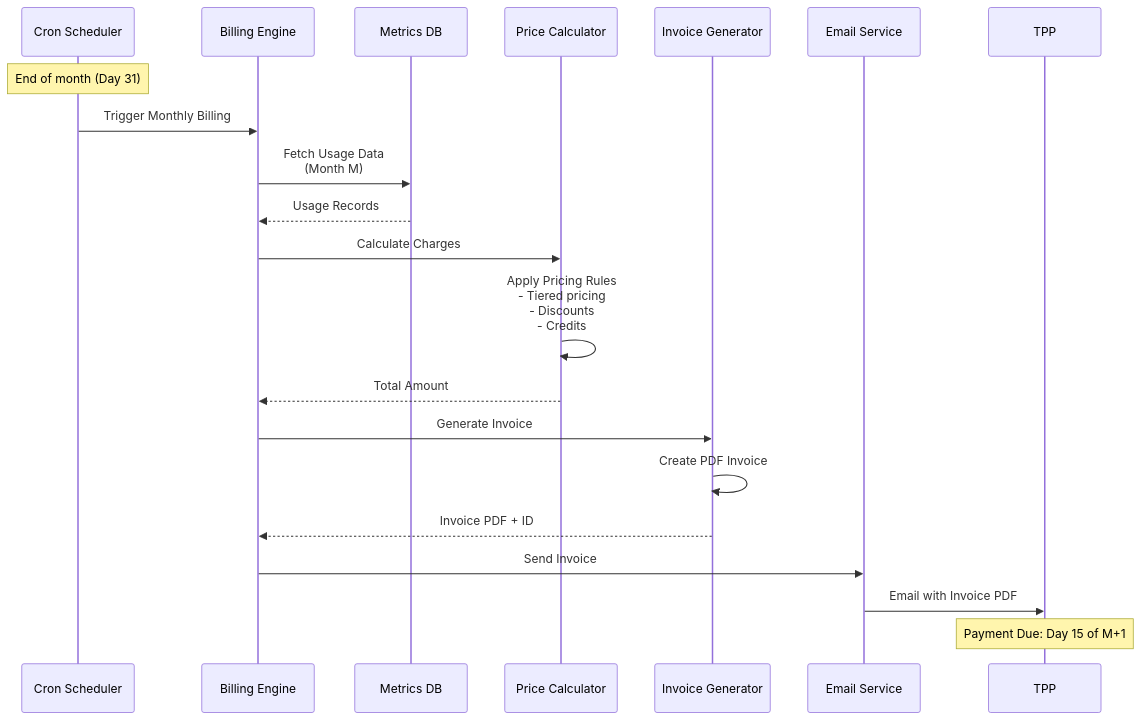
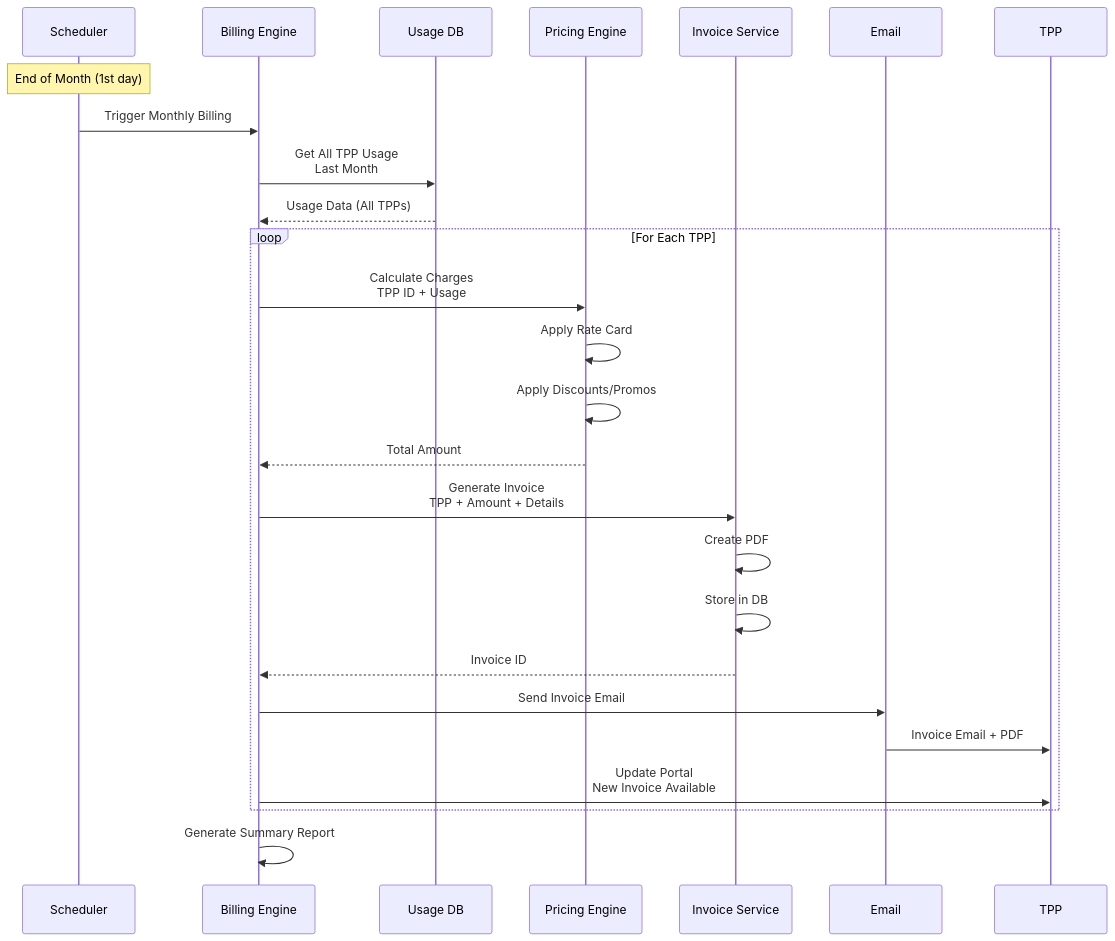
Before and after one commit to huuhoait/openbanking-vn-specs: the eighth of 15 diagrams in 09-Thuong-mai-hoa-API.md, drawn with Mermaid. The commit also changed other lines of this file and 14 other files, not shown here.

````diff
--- a/09-Thuong-mai-hoa-API.md
+++ b/09-Thuong-mai-hoa-API.md
@@ -229,29 +275,35 @@
 ```mermaid
 sequenceDiagram
-    participant Scheduler as Cron Scheduler
+    participant Scheduler
     participant Billing as Billing Engine
-    participant Metrics as Metrics DB
-    participant Calculator as Price Calculator
-    participant Invoice as Invoice Generator
-    participant Email as Email Service
-    participant TPP as TPP
+    participant Usage as Usage DB
+    participant Pricing as Pricing Engine
+    participant Invoice as Invoice Service
+    participant Email
+    participant TPP
     
-    Note over Scheduler: End of month (Day 31)
+    Note over Scheduler: End of Month (1st day)
+    Scheduler->>Billing: Trigger Monthly Billing
     
-    Scheduler->>Billing: Trigger Monthly Billing
-    Billing->>Metrics: Fetch Usage Data<br/>(Month M)
-    Metrics-->>Billing: Usage Records
+    Billing->>Usage: Get All TPP Usage<br/>Last Month
+    Usage-->>Billing: Usage Data (All TPPs)
     
-    Billing->>Calculator: Calculate Charges
-    Calculator->>Calculator: Apply Pricing Rules<br/>- Tiered pricing<br/>- Discounts<br/>- Credits
-    Calculator-->>Billing: Total Amount
+    loop For Each TPP
+        Billing->>Pricing: Calculate Charges<br/>TPP ID + Usage
+        Pricing->>Pricing: Apply Rate Card
+        Pricing->>Pricing: Apply Discounts/Promos
+        Pricing-->>Billing: Total Amount
+        
+        Billing->>Invoice: Generate Invoice<br/>TPP + Amount + Details
+        Invoice->>Invoice: Create PDF
+        Invoice->>Invoice: Store in DB
+        Invoice-->>Billing: Invoice ID
+        
+        Billing->>Email: Send Invoice Email
+        Email->>TPP: Invoice Email + PDF
+        
+        Billing->>TPP: Update Portal<br/>New Invoice Available
+    end
     
-    Billing->>Invoice: Generate Invoice
-    Invoice->>Invoice: Create PDF Invoice
-    Invoice-->>Billing: Invoice PDF + ID
-    
-    Billing->>Email: Send Invoice
-    Email->>TPP: Email with Invoice PDF
-    
-    Note over TPP: Payment Due: Day 15 of M+1
+    Billing->>Billing: Generate Summary Report
 ```
````
